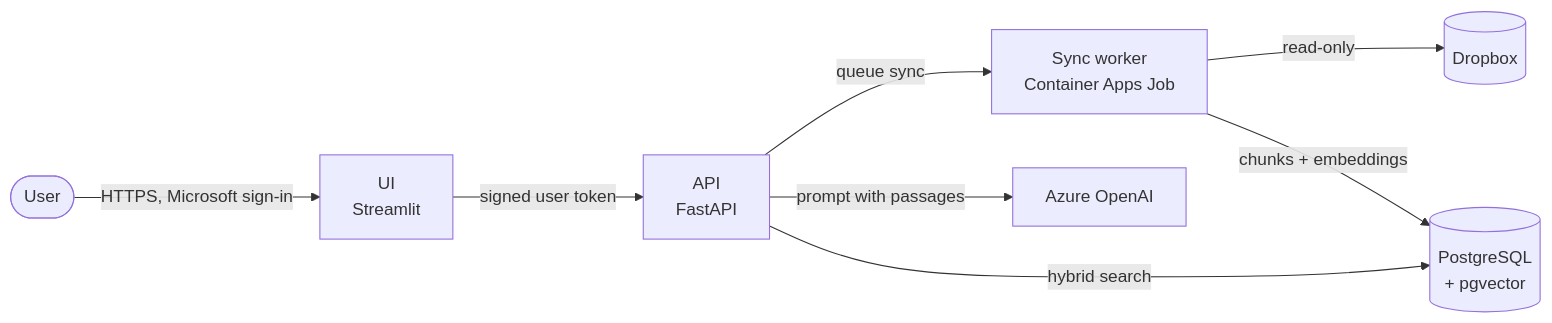
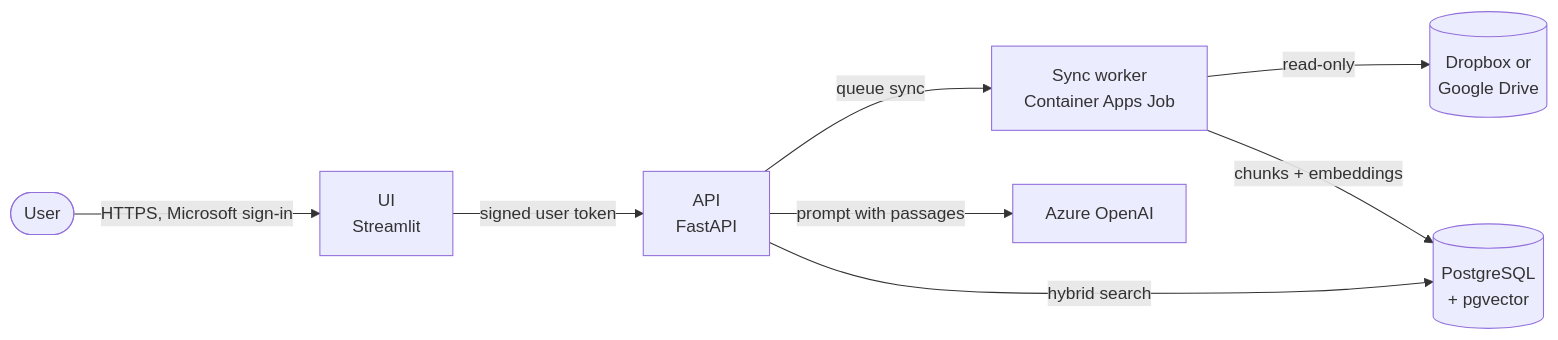
One commit to adranale/rag-showcase changed the diagram in README.md. Above: the diagram before and after it, drawn with Mermaid. The commit also changed other lines of this file and 21 other files, not shown here.

First line of the commit message:
Let users choose Dropbox or Google Drive with one folder each (#65)

````diff
--- a/README.md
+++ b/README.md
@@ -35,10 +36,10 @@
 ```mermaid
 flowchart LR
     user([User]) -->|HTTPS, Microsoft sign-in| ui[UI<br/>Streamlit]
     ui -->|signed user token| api[API<br/>FastAPI]
     api -->|queue sync| worker[Sync worker<br/>Container Apps Job]
-    worker -->|read-only| dropbox[(Dropbox)]
+    worker -->|read-only| dropbox[(Dropbox or<br/>Google Drive)]
     worker -->|chunks + embeddings| pg[(PostgreSQL<br/>+ pgvector)]
     api -->|hybrid search| pg
     api -->|prompt with passages| llm[Azure OpenAI]
 ```
````
